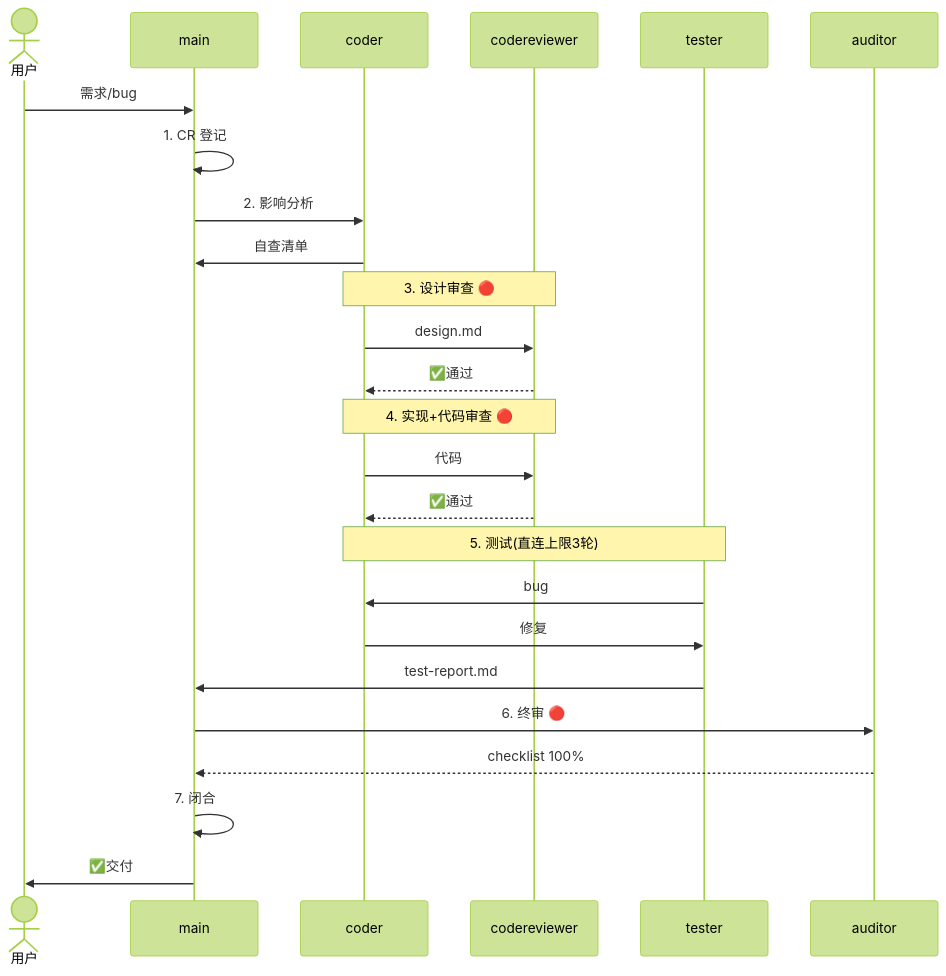
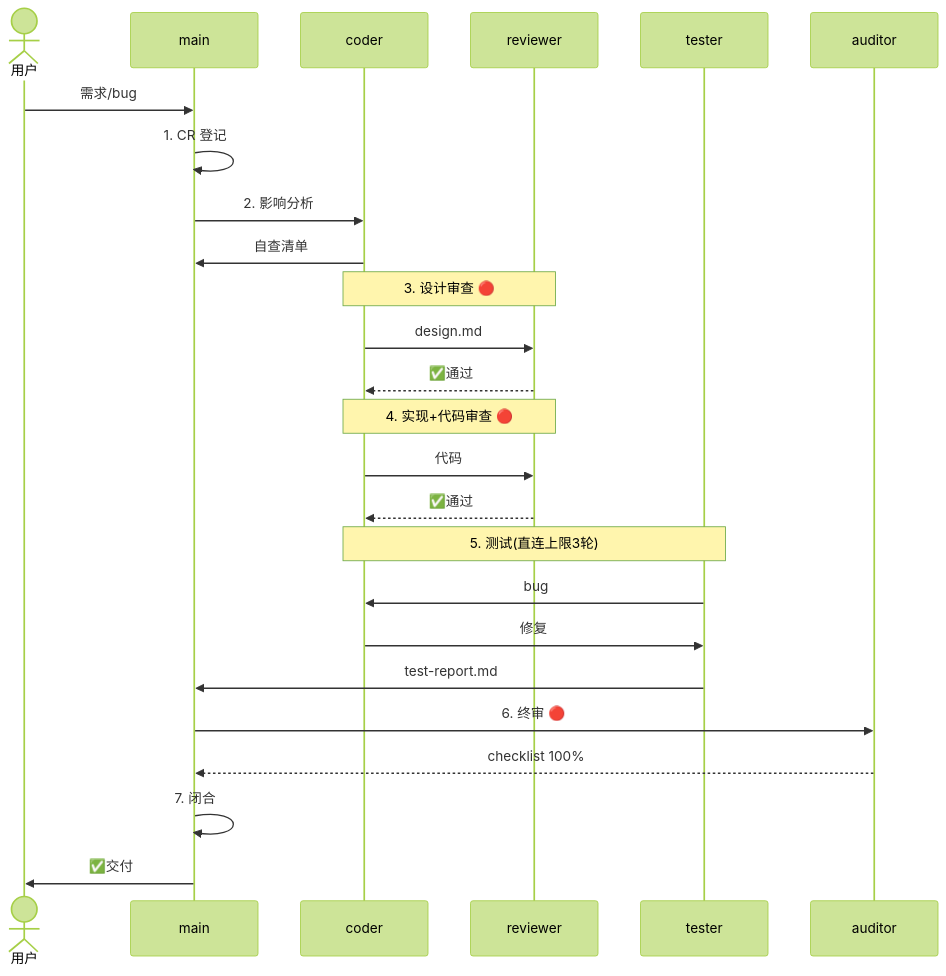
The diagram in docs/change-management.md (iFeel-is-a-mouse/openclaw-teamdev-flow), drawn with Mermaid (forest theme) before and after one commit. The commit also changed other lines of this file and 19 other files, not shown here.

Commit message:
refactor: codereviewer 更名为 reviewer，清理历史产物 [2026-06-21]

````diff
--- a/docs/change-management.md
+++ b/docs/change-management.md
@@ -70,28 +70,28 @@
 ```mermaid
 sequenceDiagram
     actor U as 用户
     participant M as main
     participant D as coder
-    participant R as codereviewer
+    participant R as reviewer
     participant T as tester
     participant A as auditor
 
     U->>M: 需求/bug
     M->>M: 1. CR 登记
     M->>D: 2. 影响分析
     D->>M: 自查清单
     Note over D,R: 3. 设计审查 🔴
     D->>R: design.md
     R-->>D: ✅通过
     Note over D,R: 4. 实现+代码审查 🔴
     D->>R: 代码
     R-->>D: ✅通过
     Note over D,T: 5. 测试(直连上限3轮)
     T->>D: bug
     D->>T: 修复
     T->>M: test-report.md
     M->>A: 6. 终审 🔴
     A-->>M: checklist 100%
     M->>M: 7. 闭合
     M->>U: ✅交付
 ```
````
